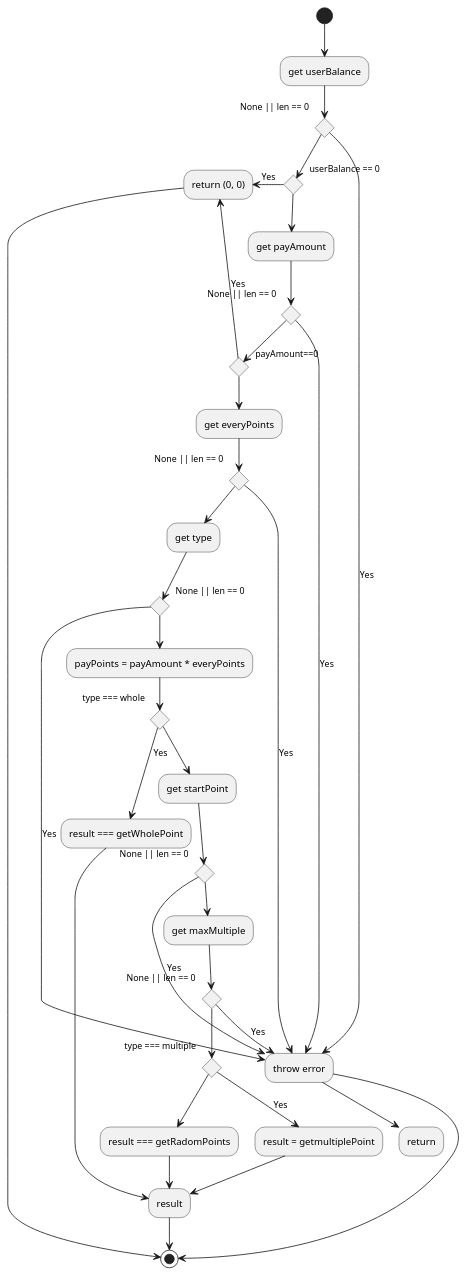
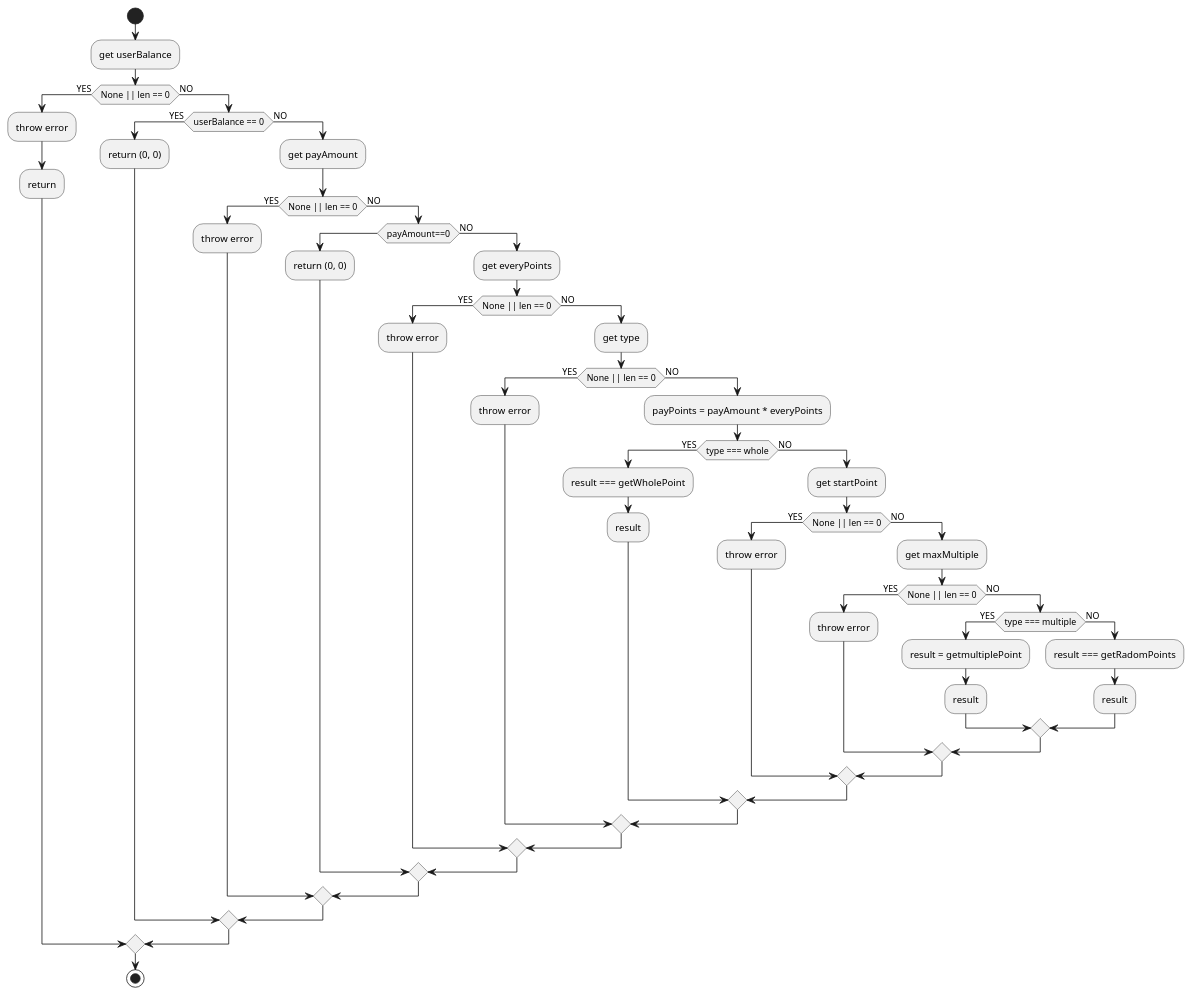
Before and after one commit to hezhengjian/liuchengtu: the diagram in point/point.puml, drawn with PlantUML. The commit also changed 5 other files, not shown here.

```diff
--- a/point/point.puml
+++ b/point/point.puml
@@ -1,47 +1,56 @@
-@startuml
-(*)-->get userBalance
-if None || len == 0 then
--right-> [Yes] throw error
--->return
-else
-if userBalance == 0 then
--left-> [Yes] return (0, 0)
---> (*)
-else
--->get payAmount
-if None || len == 0 then
--right-> [Yes] throw error
-else
-if payAmount==0 then
--left-> [Yes] return (0, 0)
-else
--->get everyPoints
-if None || len == 0 then
--right-> [Yes] throw error
-else
--->get type
-if None || len == 0 then
--right-> [Yes] throw error
-else
---> payPoints = payAmount * everyPoints
-if type === whole then
---> [Yes] result === getWholePoint
---> result
-else
---> get startPoint
-if None || len == 0 then
---> [Yes] throw error
---> (*)
-else
---> get maxMultiple
-if None || len == 0 then
---> [Yes] throw error
-else
-if type === multiple then
---> [Yes] result = getmultiplePoint
---> result
-else
---> result === getRadomPoints
---> result
---> (*)
+@startuml point
+start
+:get userBalance;
+if (None || len == 0) then (YES)
+  :throw error;
+  :return;
+else (NO)
+  if (userBalance == 0) then (YES)
+    :return (0, 0);
+  else (NO)
+    :get payAmount;
+    if (None || len == 0) then (YES)
+      :throw error;
+    else (NO)
+      if (payAmount==0) then
+        :return (0, 0);
+      else (NO)
+        :get everyPoints;
+        if(None || len == 0) then (YES)
+          :throw error;
+        else (NO)
+          :get type;
+          if(None || len == 0) then (YES)
+            :throw error;
+          else (NO)
+            :payPoints = payAmount * everyPoints;
+            if (type === whole) then (YES)
+              :result === getWholePoint;
+              :result;
+            else (NO)
+              :get startPoint;
+              if (None || len == 0) then (YES)
+                :throw error;
+              else (NO)
+                :get maxMultiple;
+                if (None || len == 0) then (YES)
+                  :throw error;
+                else (NO)
+                  if (type === multiple) then (YES)
+                    :result = getmultiplePoint;
+                    :result;
+                  else (NO)
+                    :result === getRadomPoints;
+                    :result;
+                  endif
+                endif
+              endif
+            endif
+          endif
+        endif
+      endif
+    endif
+  endif
+endif
+stop
 @enduml
```
